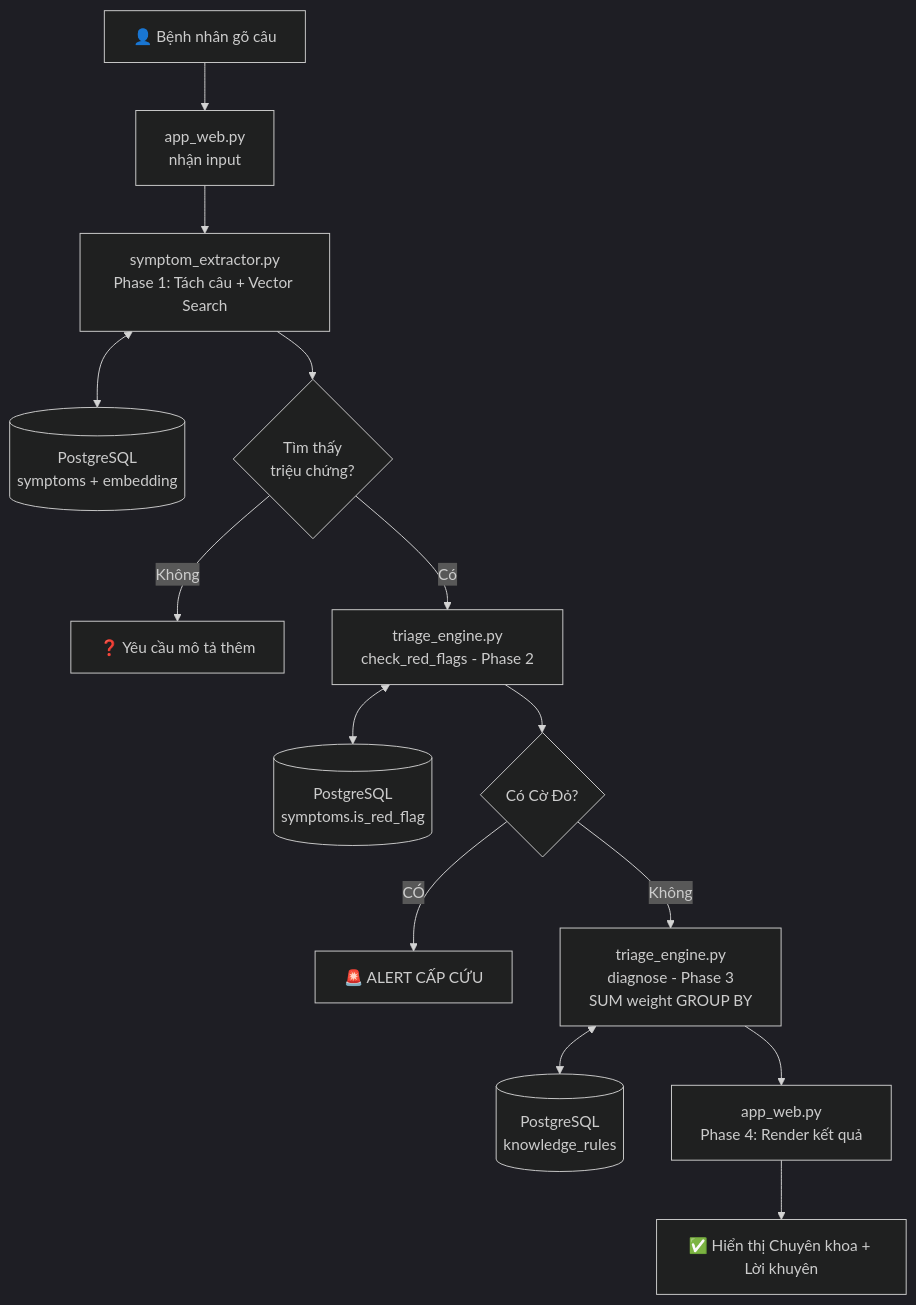
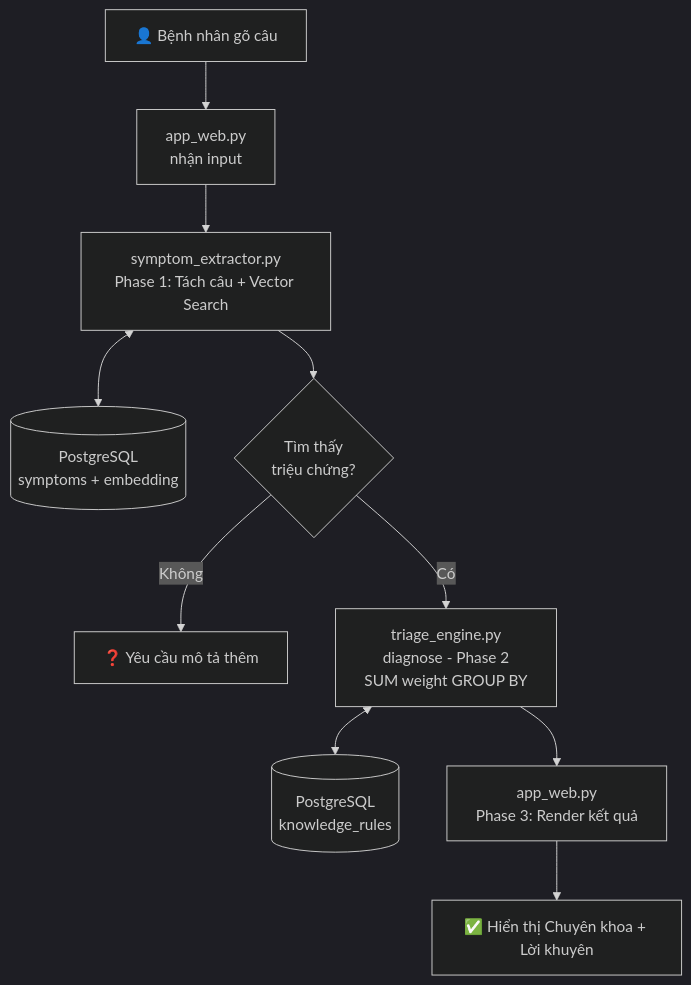
One commit to Vincent-1512/chatbot_medical changed the diagram in docs/huong_dan_toan_bo_he_thong.md. Above: the diagram before and after it, drawn with Mermaid (dark theme). The commit also changed other lines of this file and 23 other files, not shown here.

Commit message:
feat: update triage engine, multi-turn chatbot logic, frontend UI, and documentation

````diff
--- a/docs/huong_dan_toan_bo_he_thong.md
+++ b/docs/huong_dan_toan_bo_he_thong.md
@@ -204,16 +186,12 @@
 ```mermaid
 flowchart TD
     A["👤 Bệnh nhân gõ câu"] --> B["app_web.py\nnhận input"]
     B --> C["symptom_extractor.py\nPhase 1: Tách câu + Vector Search"]
     C <--> D[("PostgreSQL\nsymptoms + embedding")]
     C --> E{"Tìm thấy\ntriệu chứng?"}
     E -- Không --> F["❓ Yêu cầu mô tả thêm"]
-    E -- Có --> G["triage_engine.py\ncheck_red_flags - Phase 2"]
-    G <--> H[("PostgreSQL\nsymptoms.is_red_flag")]
-    G --> I{"Có Cờ Đỏ?"}
-    I -- CÓ --> J["🚨 ALERT CẤP CỨU"]
-    I -- Không --> K["triage_engine.py\ndiagnose - Phase 3\nSUM weight GROUP BY"]
+    E -- Có --> K["triage_engine.py\ndiagnose - Phase 2\nSUM weight GROUP BY"]
     K <--> L[("PostgreSQL\nknowledge_rules")]
-    K --> M["app_web.py\nPhase 4: Render kết quả"]
+    K --> M["app_web.py\nPhase 3: Render kết quả"]
     M --> N["✅ Hiển thị Chuyên khoa + Lời khuyên"]
 ```
````
